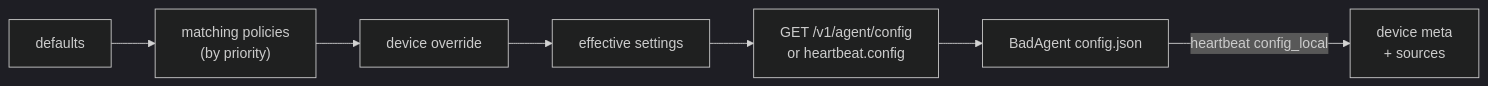
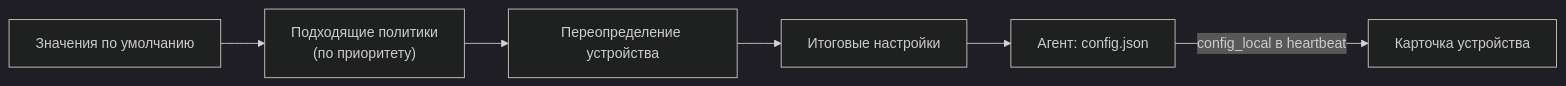
Before and after one commit to blazerity/bAD: the second of 3 diagrams in docs/architecture.md, drawn with Mermaid (dark theme). The commit also changed other lines of this file and 4 other files, not shown here.

````diff
--- a/docs/architecture.md
+++ b/docs/architecture.md
@@ -61,9 +255,8 @@
 ```mermaid
 flowchart LR
-  DEF["defaults"] --> POL["matching policies\n(by priority)"]
-  POL --> OV["device override"]
-  OV --> EFF["effective settings"]
-  EFF --> API["GET /v1/agent/config\nor heartbeat.config"]
-  API --> AG["BadAgent config.json"]
-  AG -->|"heartbeat config_local"| META["device meta\n+ sources"]
+  DEF["Значения по умолчанию"] --> POL["Подходящие политики\n(по приоритету)"]
+  POL --> OV["Переопределение устройства"]
+  OV --> EFF["Итоговые настройки"]
+  EFF --> AG["Агент: config.json"]
+  AG -->|"config_local в heartbeat"| META["Карточка устройства"]
 ```
````
